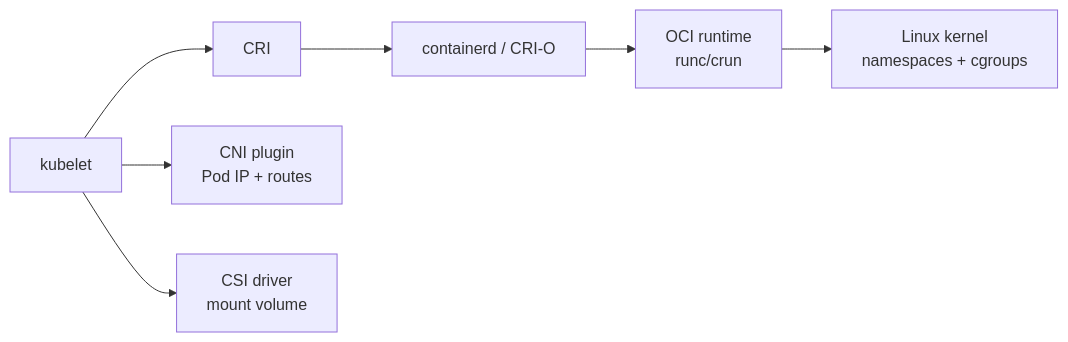
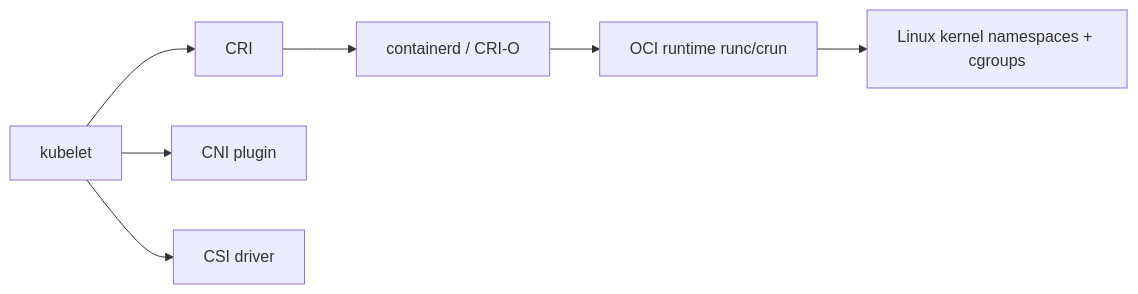
One commit to rgb-vgx/Open-Knowledge changed the second of 5 diagrams in DevOps/Docker K8s/Section 01 Getting Started/012. Kubernetes Architecture Deep Dive.md. Above: the diagram before and after it, drawn with Mermaid. The commit also changed other lines of this file and 7 other files, not shown here.

````diff
--- a/DevOps/Docker K8s/Section 01 Getting Started/012. Kubernetes Architecture Deep Dive.md
+++ b/DevOps/Docker K8s/Section 01 Getting Started/012. Kubernetes Architecture Deep Dive.md
@@ -79,9 +68,9 @@
 ```mermaid
 flowchart LR
     K[kubelet] --> CRI[CRI]
     CRI --> RT[containerd / CRI-O]
-    RT --> OCI[OCI runtime<br/>runc/crun]
-    K --> CNI[CNI plugin<br/>Pod IP + routes]
-    K --> CSI[CSI driver<br/>mount volume]
-    OCI --> OS[Linux kernel<br/>namespaces + cgroups]
+    RT --> OCI[OCI runtime runc/crun]
+    K --> CNI[CNI plugin]
+    K --> CSI[CSI driver]
+    OCI --> OS[Linux kernel namespaces + cgroups]
 ```
````
